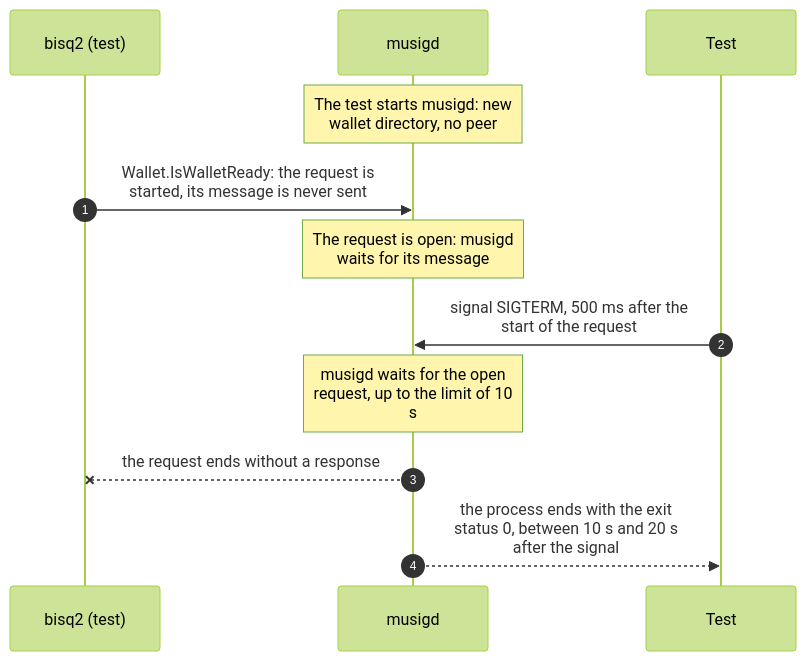
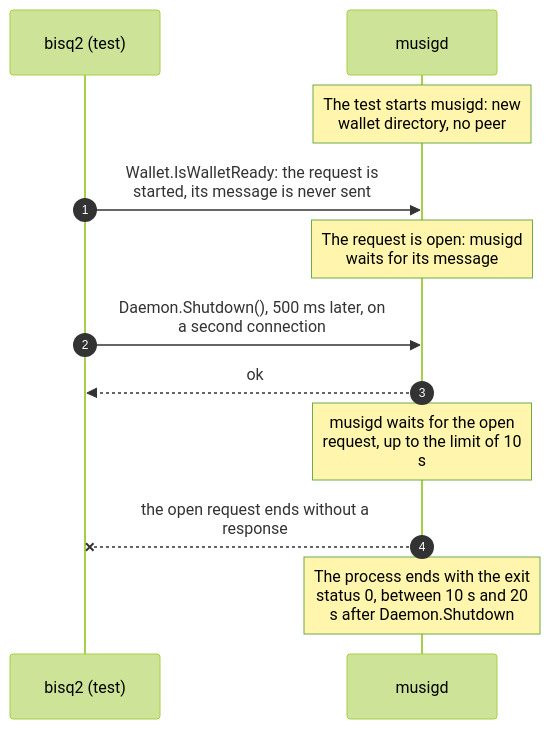
One commit to ChrisSon15/bisq-musig changed diagram 13 of 14 in rpc/test-musigd-sequence-diagrams.md. Above: the diagram before and after it, drawn with Mermaid (forest theme). The commit also changed other lines of this file and 13 other files, not shown here.

First line of the commit message:
musigd: the regular shutdown is asked for with the request Shutdown

````diff
--- a/rpc/test-musigd-sequence-diagrams.md
+++ b/rpc/test-musigd-sequence-diagrams.md
@@ -1313,14 +1315,14 @@
 ```mermaid
 sequenceDiagram
     autonumber
     participant C as bisq2 (test)
     participant D as musigd
-    participant T as Test
     Note over D: The test starts musigd: new<br/>wallet directory, no peer
     C->>D: Wallet.IsWalletReady: the request is<br/>started, its message is never sent
     Note over D: The request is open: musigd<br/>waits for its message
-    T->>D: signal SIGTERM, 500 ms after the<br/>start of the request
+    C->>D: Daemon.Shutdown(), 500 ms later, on<br/>a second connection
+    D-->>C: ok
     Note over D: musigd waits for the open<br/>request, up to the limit of 10<br/>s
-    D--xC: the request ends without a response
-    D-->>T: the process ends with the exit<br/>status 0, between 10 s and 20 s<br/>after the signal
+    D--xC: the open request ends without a<br/>response
+    Note over D: The process ends with the exit<br/>status 0, between 10 s and 20<br/>s after Daemon.Shutdown
 ```
````
